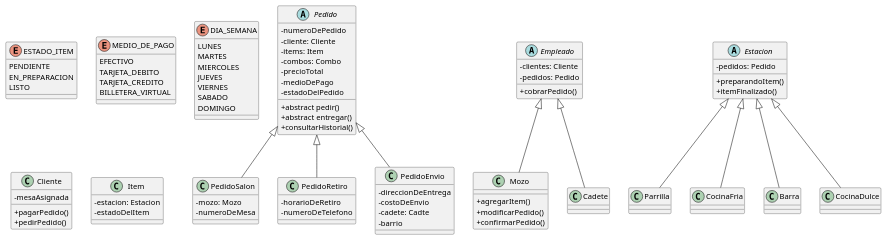
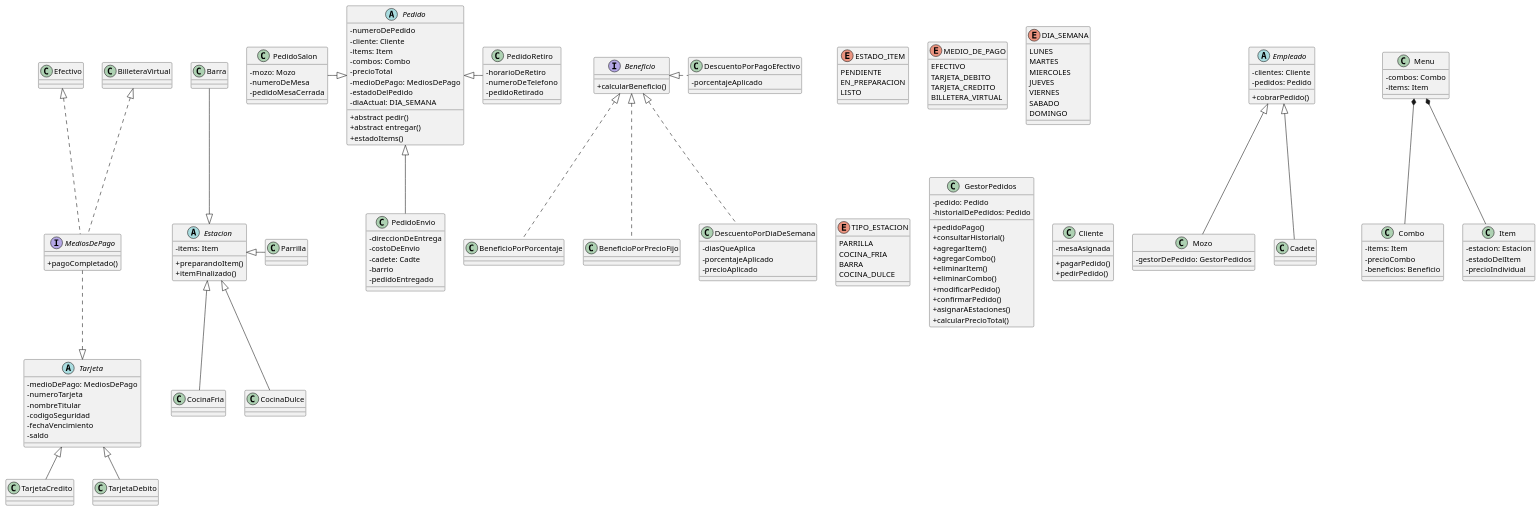
The diagram in diagramas/clasesTP.puml (BrunoE99/tp_restaurante_programacion_II), drawn with PlantUML before and after one commit.

Commit message:
diagrama version 3

```diff
--- a/diagramas/clasesTP.puml
+++ b/diagramas/clasesTP.puml
@@ -25,29 +25,55 @@
     DOMINGO
 }
 
+enum TIPO_ESTACION {
+    PARRILLA
+    COCINA_FRIA
+    BARRA
+    COCINA_DULCE
+}
+
+class GestorPedidos {
+    - pedido: Pedido
+    - historialDePedidos: Pedido
+
+    + pedidoPago()
+    + consultarHistorial()
+    + agregarItem()
+    + agregarCombo()
+    + eliminarItem()
+    + eliminarCombo()
+    + modificarPedido()
+    + confirmarPedido()
+    + asignarAEstaciones()
+    + calcularPrecioTotal()
+}
+
 abstract class Pedido {
     - numeroDePedido
     - cliente: Cliente
     - items: Item
     - combos: Combo
     - precioTotal
-    - medioDePago
+    - medioDePago: MediosDePago
     - estadoDelPedido
+    - diaActual: DIA_SEMANA
 
     + abstract pedir()
     + abstract entregar() 
         'mover al mozo o cadete
-    + consultarHistorial()
+    + estadoItems()
 }
 
 class PedidoSalon {
     - mozo: Mozo
     - numeroDeMesa
+    - pedidoMesaCerrada
 }
 
 class PedidoRetiro {
     - horarioDeRetiro
     - numeroDeTelefono
+    - pedidoRetirado
 }
 
 class PedidoEnvio {
@@ -55,6 +81,36 @@
     - costoDeEnvio
     - cadete: Cadte
     - barrio
+    - pedidoEntregado
+}
+
+interface MediosDePago {
+    + pagoCompletado()
+}
+
+abstract class Tarjeta {
+    - medioDePago: MediosDePago
+    - numeroTarjeta
+    - nombreTitular
+    - codigoSeguridad
+    - fechaVencimiento
+    - saldo
+}
+
+class TarjetaCredito {
+
+}
+
+class TarjetaDebito {
+
+}
+
+class Efectivo {
+
+}
+
+class BilleteraVirtual {
+
 }
 
 class Cliente {
@@ -72,23 +128,55 @@
 }
 
 class Mozo {
-
-    + agregarItem()
-    + modificarPedido()
-    + confirmarPedido()
+    - gestorDePedido: GestorPedidos
 }
 
 class Cadete {
 
 }
 
+Class Menu {
+    - combos: Combo
+    - items: Item
+}
+
+class Combo {
+    - items: Item
+    - precioCombo
+    - beneficios: Beneficio
+}
+
 class Item {
     - estacion: Estacion
     - estadoDelItem
+    - precioIndividual
 }
 
+interface Beneficio {
+    + calcularBeneficio()
+}
+
+class BeneficioPorPorcentaje {
+
+}
+
+class BeneficioPorPrecioFijo {
+
+}
+
+class DescuentoPorPagoEfectivo {
+    - porcentajeAplicado
+}
+
+class DescuentoPorDiaDeSemana {
+    - diasQueAplica
+    - porcentajeAplicado
+    - precioAplicado
+}
+
+
 abstract class Estacion {
-    - pedidos: Pedido
+    - items: Item
 
     + preparandoItem()
     + itemFinalizado()
@@ -112,20 +200,42 @@
 
 'relaciones
 
-Pedido <|-- PedidoSalon
-Pedido <|-- PedidoRetiro
+Pedido <|-l- PedidoSalon
+Pedido <|-r- PedidoRetiro
 Pedido <|-- PedidoEnvio
 
 Empleado <|-- Mozo
 Empleado <|-- Cadete
 
-Estacion <|-- Parrilla
+Estacion <|-r- Parrilla
 Estacion <|-- CocinaFria
-Estacion <|-- Barra
+Estacion <|-u- Barra
 Estacion <|-- CocinaDulce
+
+Menu *-- Item
+Menu *-- Combo
+
+Beneficio <|.. BeneficioPorPorcentaje
+Beneficio <|.. BeneficioPorPrecioFijo
+Beneficio <|.. DescuentoPorDiaDeSemana
+Beneficio <|.r. DescuentoPorPagoEfectivo
+'BeneficioPorPorcentaje <|-- DescuentoPorPagoEfectivo
+
+Tarjeta <|-- TarjetaCredito
+Tarjeta <|-- TarjetaDebito
+Tarjeta <|.u. MediosDePago
+
+Efectivo <|.. MediosDePago
+BilleteraVirtual <|.. MediosDePago
 
 'dudas
 
 'en el orden en que le fue llegando: en estacion o en pedido
+'tenemos muchos enums? (enum de tipo beneficio)
+'que es un "descuento especial" los dias de semana
+'datos de tarjeta estan de mas
+'si la interfaz se puede usar como tipo de dato (MediosDePago)
+'interfaz de MediosDePago estaria bien o no es necesaria/deberia ser clase
+'unificamos agregar/eliminarItem/Combo() a un tipo Producto
 
 @enduml
```
